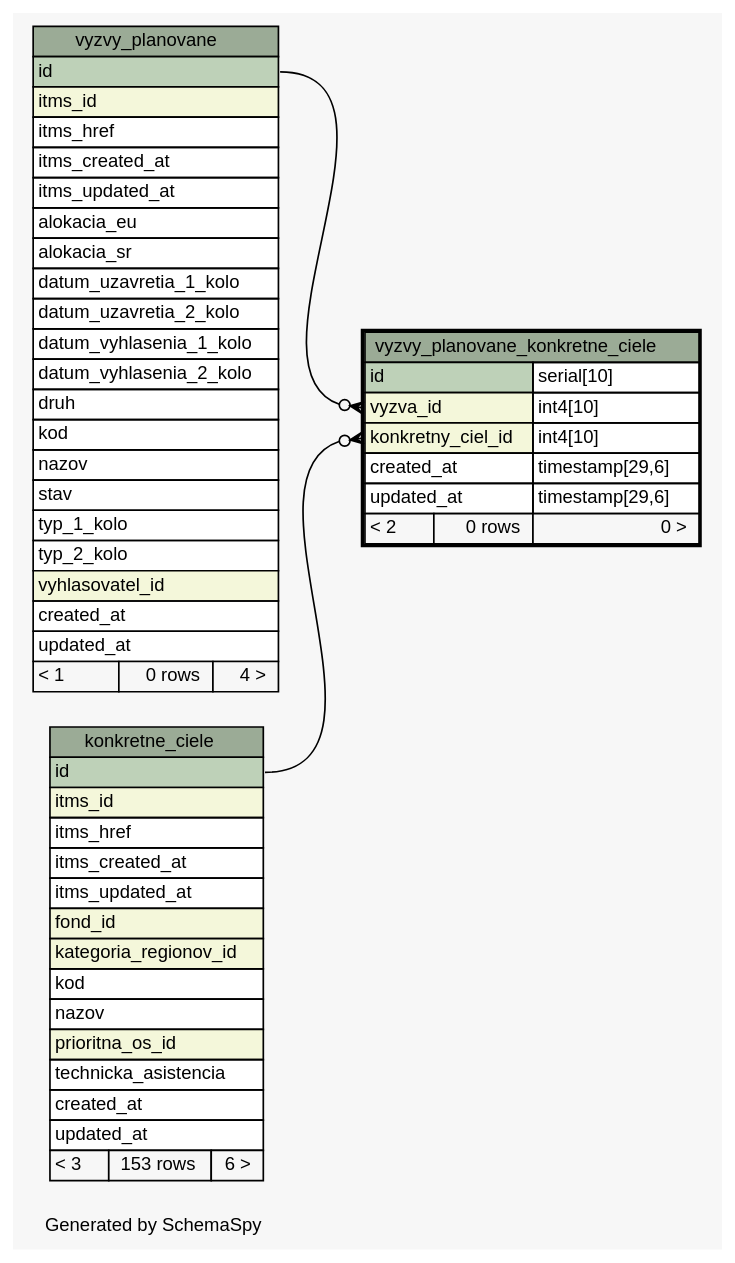
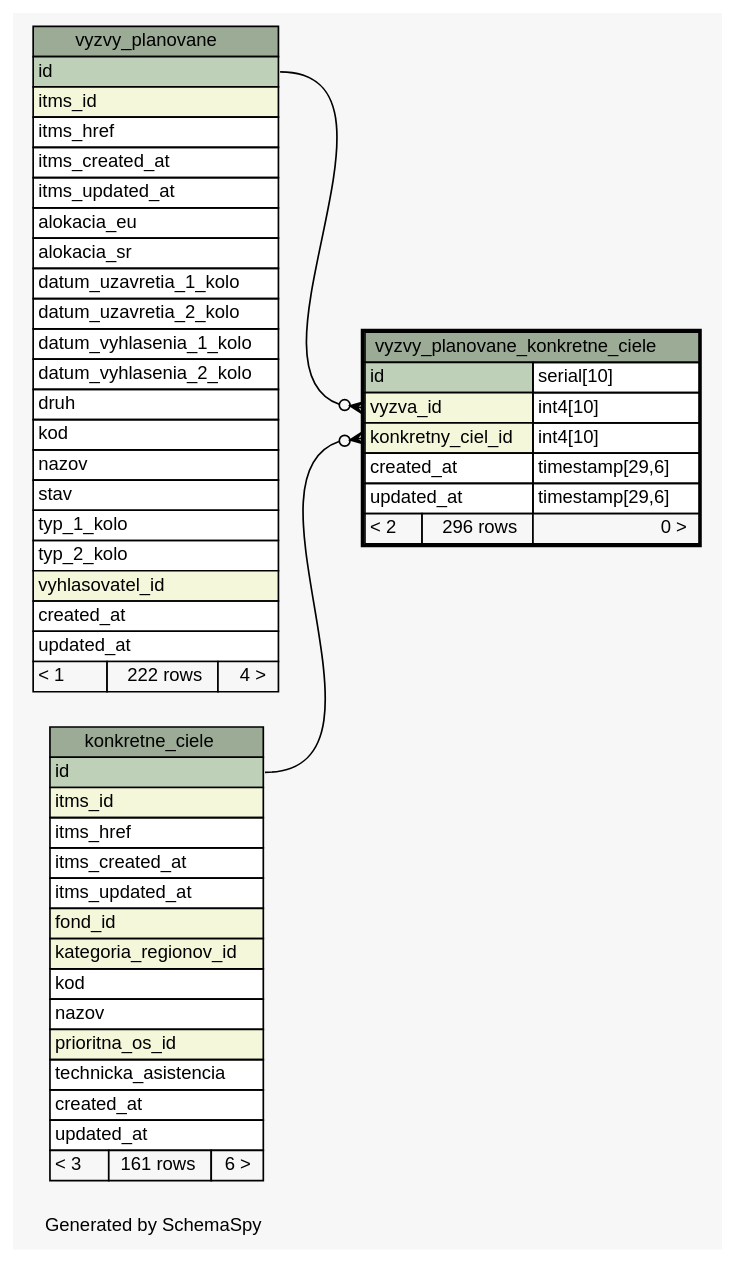
The diagram in diagrams/vyzvy_planovane_konkretne_ciele.1degree.dot (eronisko/itms_schema), drawn with Graphviz before and after one commit. The commit also changed 470 other files, not shown here.

Commit message:
Reload schema data

```diff
--- a/diagrams/vyzvy_planovane_konkretne_ciele.1degree.dot
+++ b/diagrams/vyzvy_planovane_konkretne_ciele.1degree.dot
@@ -1,89 +1,89 @@
 // dot 2.38.0 on Linux 4.10.0-38-generic
 // SchemaSpy rev 590
 digraph "oneDegreeRelationshipsDiagram" {
   graph [
     rankdir="RL"
     bgcolor="#f7f7f7"
     label="\nGenerated by SchemaSpy"
     labeljust="l"
     nodesep="0.18"
     ranksep="0.46"
     fontname="Helvetica"
     fontsize="11"
   ];
   node [
     fontname="Helvetica"
     fontsize="11"
     shape="plaintext"
   ];
   edge [
     arrowsize="0.8"
   ];
   "vyzvy_planovane_konkretne_ciele":"konkretny_ciel_id":w -> "konkretne_ciele":"id":e [arrowhead=none dir=back arrowtail=crowodot];
   "vyzvy_planovane_konkretne_ciele":"vyzva_id":w -> "vyzvy_planovane":"id":e [arrowhead=none dir=back arrowtail=crowodot];
   "konkretne_ciele" [
     label=<
     <TABLE BORDER="0" CELLBORDER="1" CELLSPACING="0" BGCOLOR="#ffffff">
       <TR><TD COLSPAN="3" BGCOLOR="#9bab96" ALIGN="CENTER">konkretne_ciele</TD></TR>
       <TR><TD PORT="id" COLSPAN="3" BGCOLOR="#bed1b8" ALIGN="LEFT">id</TD></TR>
       <TR><TD PORT="itms_id" COLSPAN="3" BGCOLOR="#f4f7da" ALIGN="LEFT">itms_id</TD></TR>
       <TR><TD PORT="itms_href" COLSPAN="3" ALIGN="LEFT">itms_href</TD></TR>
       <TR><TD PORT="itms_created_at" COLSPAN="3" ALIGN="LEFT">itms_created_at</TD></TR>
       <TR><TD PORT="itms_updated_at" COLSPAN="3" ALIGN="LEFT">itms_updated_at</TD></TR>
       <TR><TD PORT="fond_id" COLSPAN="3" BGCOLOR="#f4f7da" ALIGN="LEFT">fond_id</TD></TR>
       <TR><TD PORT="kategoria_regionov_id" COLSPAN="3" BGCOLOR="#f4f7da" ALIGN="LEFT">kategoria_regionov_id</TD></TR>
       <TR><TD PORT="kod" COLSPAN="3" ALIGN="LEFT">kod</TD></TR>
       <TR><TD PORT="nazov" COLSPAN="3" ALIGN="LEFT">nazov</TD></TR>
       <TR><TD PORT="prioritna_os_id" COLSPAN="3" BGCOLOR="#f4f7da" ALIGN="LEFT">prioritna_os_id</TD></TR>
       <TR><TD PORT="technicka_asistencia" COLSPAN="3" ALIGN="LEFT">technicka_asistencia</TD></TR>
       <TR><TD PORT="created_at" COLSPAN="3" ALIGN="LEFT">created_at</TD></TR>
       <TR><TD PORT="updated_at" COLSPAN="3" ALIGN="LEFT">updated_at</TD></TR>
-      <TR><TD ALIGN="LEFT" BGCOLOR="#f7f7f7">&lt; 3</TD><TD ALIGN="RIGHT" BGCOLOR="#f7f7f7">153 rows</TD><TD ALIGN="RIGHT" BGCOLOR="#f7f7f7">6 &gt;</TD></TR>
+      <TR><TD ALIGN="LEFT" BGCOLOR="#f7f7f7">&lt; 3</TD><TD ALIGN="RIGHT" BGCOLOR="#f7f7f7">161 rows</TD><TD ALIGN="RIGHT" BGCOLOR="#f7f7f7">6 &gt;</TD></TR>
     </TABLE>>
     URL="konkretne_ciele.html"
     tooltip="konkretne_ciele"
   ];
   "vyzvy_planovane" [
     label=<
     <TABLE BORDER="0" CELLBORDER="1" CELLSPACING="0" BGCOLOR="#ffffff">
       <TR><TD COLSPAN="3" BGCOLOR="#9bab96" ALIGN="CENTER">vyzvy_planovane</TD></TR>
       <TR><TD PORT="id" COLSPAN="3" BGCOLOR="#bed1b8" ALIGN="LEFT">id</TD></TR>
       <TR><TD PORT="itms_id" COLSPAN="3" BGCOLOR="#f4f7da" ALIGN="LEFT">itms_id</TD></TR>
       <TR><TD PORT="itms_href" COLSPAN="3" ALIGN="LEFT">itms_href</TD></TR>
       <TR><TD PORT="itms_created_at" COLSPAN="3" ALIGN="LEFT">itms_created_at</TD></TR>
       <TR><TD PORT="itms_updated_at" COLSPAN="3" ALIGN="LEFT">itms_updated_at</TD></TR>
       <TR><TD PORT="alokacia_eu" COLSPAN="3" ALIGN="LEFT">alokacia_eu</TD></TR>
       <TR><TD PORT="alokacia_sr" COLSPAN="3" ALIGN="LEFT">alokacia_sr</TD></TR>
       <TR><TD PORT="datum_uzavretia_1_kolo" COLSPAN="3" ALIGN="LEFT">datum_uzavretia_1_kolo</TD></TR>
       <TR><TD PORT="datum_uzavretia_2_kolo" COLSPAN="3" ALIGN="LEFT">datum_uzavretia_2_kolo</TD></TR>
       <TR><TD PORT="datum_vyhlasenia_1_kolo" COLSPAN="3" ALIGN="LEFT">datum_vyhlasenia_1_kolo</TD></TR>
       <TR><TD PORT="datum_vyhlasenia_2_kolo" COLSPAN="3" ALIGN="LEFT">datum_vyhlasenia_2_kolo</TD></TR>
       <TR><TD PORT="druh" COLSPAN="3" ALIGN="LEFT">druh</TD></TR>
       <TR><TD PORT="kod" COLSPAN="3" ALIGN="LEFT">kod</TD></TR>
       <TR><TD PORT="nazov" COLSPAN="3" ALIGN="LEFT">nazov</TD></TR>
       <TR><TD PORT="stav" COLSPAN="3" ALIGN="LEFT">stav</TD></TR>
       <TR><TD PORT="typ_1_kolo" COLSPAN="3" ALIGN="LEFT">typ_1_kolo</TD></TR>
       <TR><TD PORT="typ_2_kolo" COLSPAN="3" ALIGN="LEFT">typ_2_kolo</TD></TR>
       <TR><TD PORT="vyhlasovatel_id" COLSPAN="3" BGCOLOR="#f4f7da" ALIGN="LEFT">vyhlasovatel_id</TD></TR>
       <TR><TD PORT="created_at" COLSPAN="3" ALIGN="LEFT">created_at</TD></TR>
       <TR><TD PORT="updated_at" COLSPAN="3" ALIGN="LEFT">updated_at</TD></TR>
-      <TR><TD ALIGN="LEFT" BGCOLOR="#f7f7f7">&lt; 1</TD><TD ALIGN="RIGHT" BGCOLOR="#f7f7f7">0 rows</TD><TD ALIGN="RIGHT" BGCOLOR="#f7f7f7">4 &gt;</TD></TR>
+      <TR><TD ALIGN="LEFT" BGCOLOR="#f7f7f7">&lt; 1</TD><TD ALIGN="RIGHT" BGCOLOR="#f7f7f7">222 rows</TD><TD ALIGN="RIGHT" BGCOLOR="#f7f7f7">4 &gt;</TD></TR>
     </TABLE>>
     URL="vyzvy_planovane.html"
     tooltip="vyzvy_planovane"
   ];
   "vyzvy_planovane_konkretne_ciele" [
     label=<
     <TABLE BORDER="2" CELLBORDER="1" CELLSPACING="0" BGCOLOR="#ffffff">
       <TR><TD COLSPAN="3" BGCOLOR="#9bab96" ALIGN="CENTER">vyzvy_planovane_konkretne_ciele</TD></TR>
       <TR><TD PORT="id" COLSPAN="2" BGCOLOR="#bed1b8" ALIGN="LEFT">id</TD><TD PORT="id.type" ALIGN="LEFT">serial[10]</TD></TR>
       <TR><TD PORT="vyzva_id" COLSPAN="2" BGCOLOR="#f4f7da" ALIGN="LEFT">vyzva_id</TD><TD PORT="vyzva_id.type" ALIGN="LEFT">int4[10]</TD></TR>
       <TR><TD PORT="konkretny_ciel_id" COLSPAN="2" BGCOLOR="#f4f7da" ALIGN="LEFT">konkretny_ciel_id</TD><TD PORT="konkretny_ciel_id.type" ALIGN="LEFT">int4[10]</TD></TR>
       <TR><TD PORT="created_at" COLSPAN="2" ALIGN="LEFT">created_at</TD><TD PORT="created_at.type" ALIGN="LEFT">timestamp[29,6]</TD></TR>
       <TR><TD PORT="updated_at" COLSPAN="2" ALIGN="LEFT">updated_at</TD><TD PORT="updated_at.type" ALIGN="LEFT">timestamp[29,6]</TD></TR>
-      <TR><TD ALIGN="LEFT" BGCOLOR="#f7f7f7">&lt; 2</TD><TD ALIGN="RIGHT" BGCOLOR="#f7f7f7">0 rows</TD><TD ALIGN="RIGHT" BGCOLOR="#f7f7f7">0 &gt;</TD></TR>
+      <TR><TD ALIGN="LEFT" BGCOLOR="#f7f7f7">&lt; 2</TD><TD ALIGN="RIGHT" BGCOLOR="#f7f7f7">296 rows</TD><TD ALIGN="RIGHT" BGCOLOR="#f7f7f7">0 &gt;</TD></TR>
     </TABLE>>
     URL="vyzvy_planovane_konkretne_ciele.html"
     tooltip="vyzvy_planovane_konkretne_ciele"
   ];
 }
```
